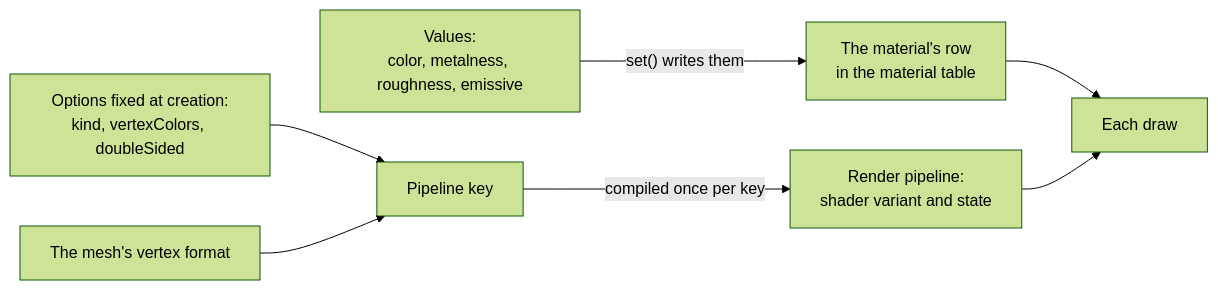
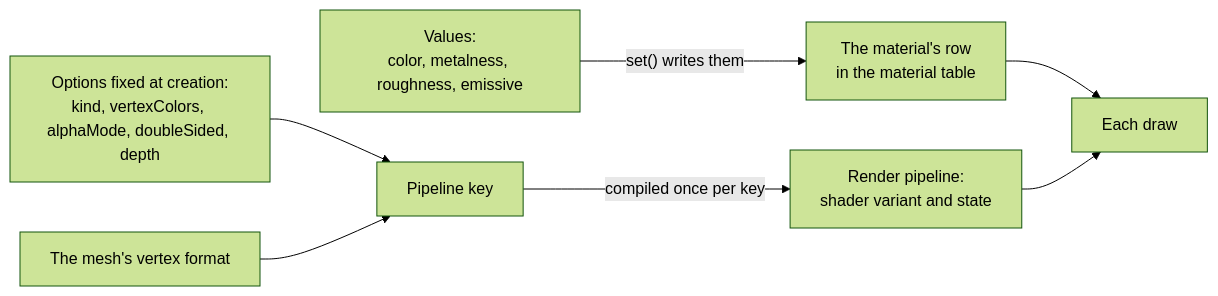
Before and after one commit to null3d-engine/null3d: the diagram in docs/concepts/materials.md, drawn with Mermaid (forest theme). The commit also changed other lines of this file and 61 other files, not shown here.

````diff
--- a/docs/concepts/materials.md
+++ b/docs/concepts/materials.md
@@ -13,9 +13,9 @@
 ```mermaid
 flowchart LR
     values["Values:<br/>color, metalness, roughness, emissive"] -->|"set() writes them"| row["The material's row<br/>in the material table"]
-    fixed["Options fixed at creation:<br/>kind, vertexColors, doubleSided"] --> key["Pipeline key"]
+    fixed["Options fixed at creation:<br/>kind, vertexColors, alphaMode, doubleSided, depth"] --> key["Pipeline key"]
     format["The mesh's vertex format"] --> key
     key -->|"compiled once per key"| pipeline["Render pipeline:<br/>shader variant and state"]
     row --> draw["Each draw"]
     pipeline --> draw
 ```
````
